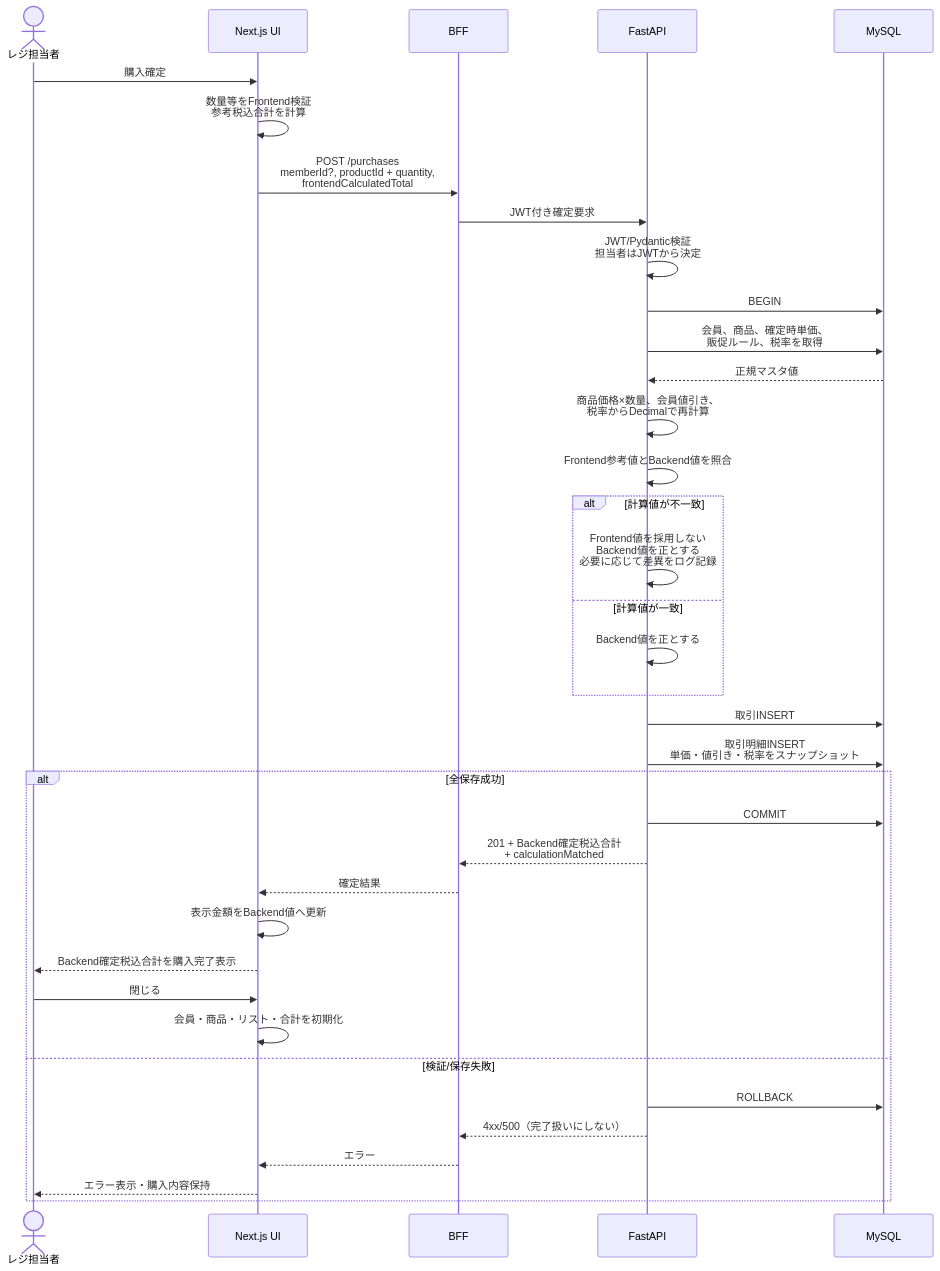
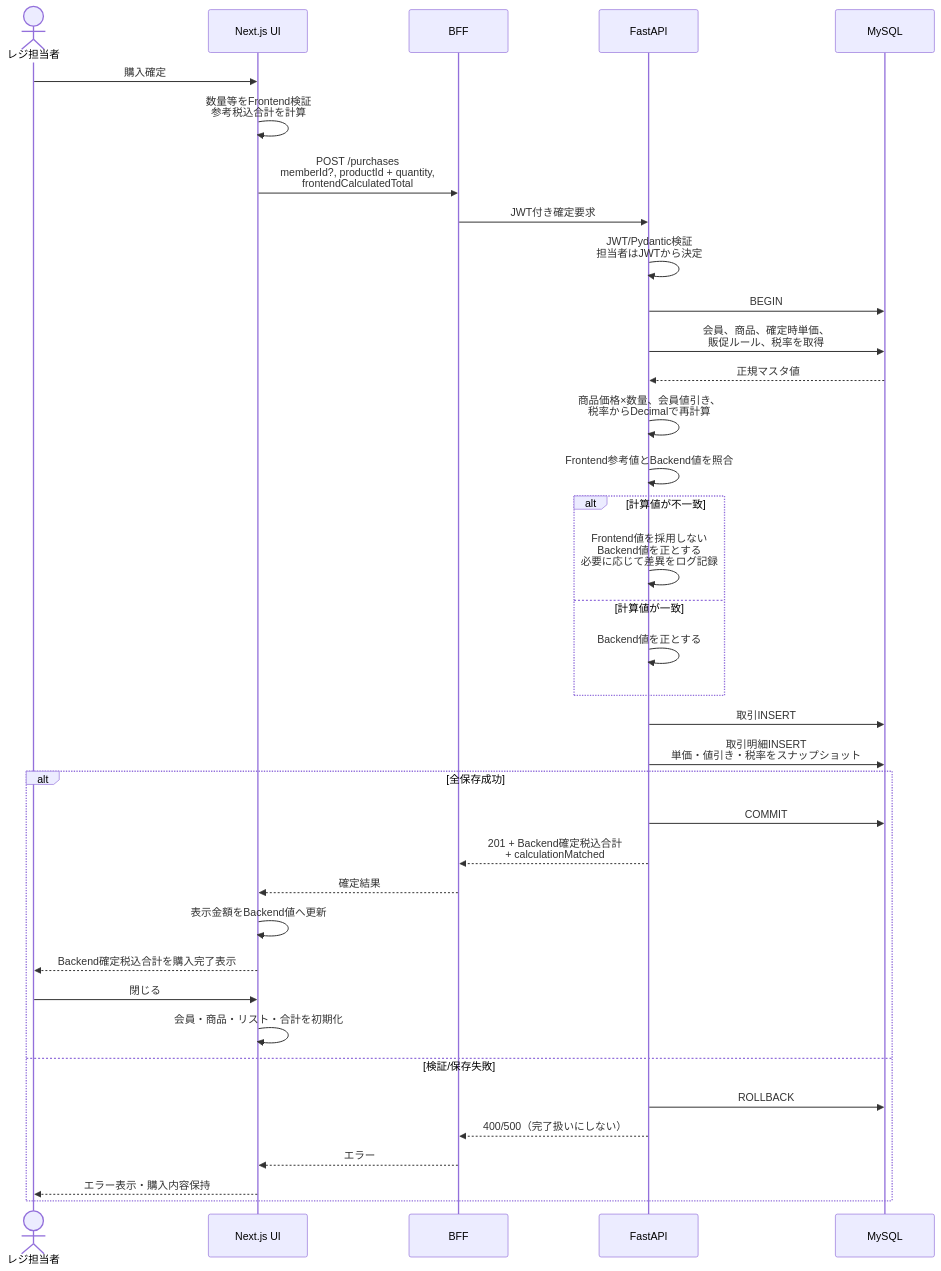
Before and after one commit to Shamae31/tech0-lv2-pos-design: the sixth of 7 diagrams in docs/設計仕様書.md, drawn with Mermaid. The commit also changed other lines of this file and 1 other file, not shown here.

````diff
--- a/docs/設計仕様書.md
+++ b/docs/設計仕様書.md
@@ -420,39 +419,39 @@
 ```mermaid
 sequenceDiagram
     actor Staff as レジ担当者
     participant UI as Next.js UI
     participant BFF as BFF
     participant API as FastAPI
     participant DB as MySQL
     Staff->>UI: 購入確定
     UI->>UI: 数量等をFrontend検証<br/>参考税込合計を計算
     UI->>BFF: POST /purchases<br/>memberId?, productId + quantity,<br/>frontendCalculatedTotal
     BFF->>API: JWT付き確定要求
     API->>API: JWT/Pydantic検証<br/>担当者はJWTから決定
     API->>DB: BEGIN
     API->>DB: 会員、商品、確定時単価、<br/>販促ルール、税率を取得
     DB-->>API: 正規マスタ値
     API->>API: 商品価格×数量、会員値引き、<br/>税率からDecimalで再計算
     API->>API: Frontend参考値とBackend値を照合
     alt 計算値が不一致
         API->>API: Frontend値を採用しない<br/>Backend値を正とする<br/>必要に応じて差異をログ記録
     else 計算値が一致
         API->>API: Backend値を正とする
     end
     API->>DB: 取引INSERT
     API->>DB: 取引明細INSERT<br/>単価・値引き・税率をスナップショット
     alt 全保存成功
         API->>DB: COMMIT
         API-->>BFF: 201 + Backend確定税込合計<br/>+ calculationMatched
         BFF-->>UI: 確定結果
         UI->>UI: 表示金額をBackend値へ更新
         UI-->>Staff: Backend確定税込合計を購入完了表示
         Staff->>UI: 閉じる
         UI->>UI: 会員・商品・リスト・合計を初期化
     else 検証/保存失敗
         API->>DB: ROLLBACK
-        API-->>BFF: 4xx/500（完了扱いにしない）
+        API-->>BFF: 400/500（完了扱いにしない）
         BFF-->>UI: エラー
         UI-->>Staff: エラー表示・購入内容保持
     end
 ```
````
